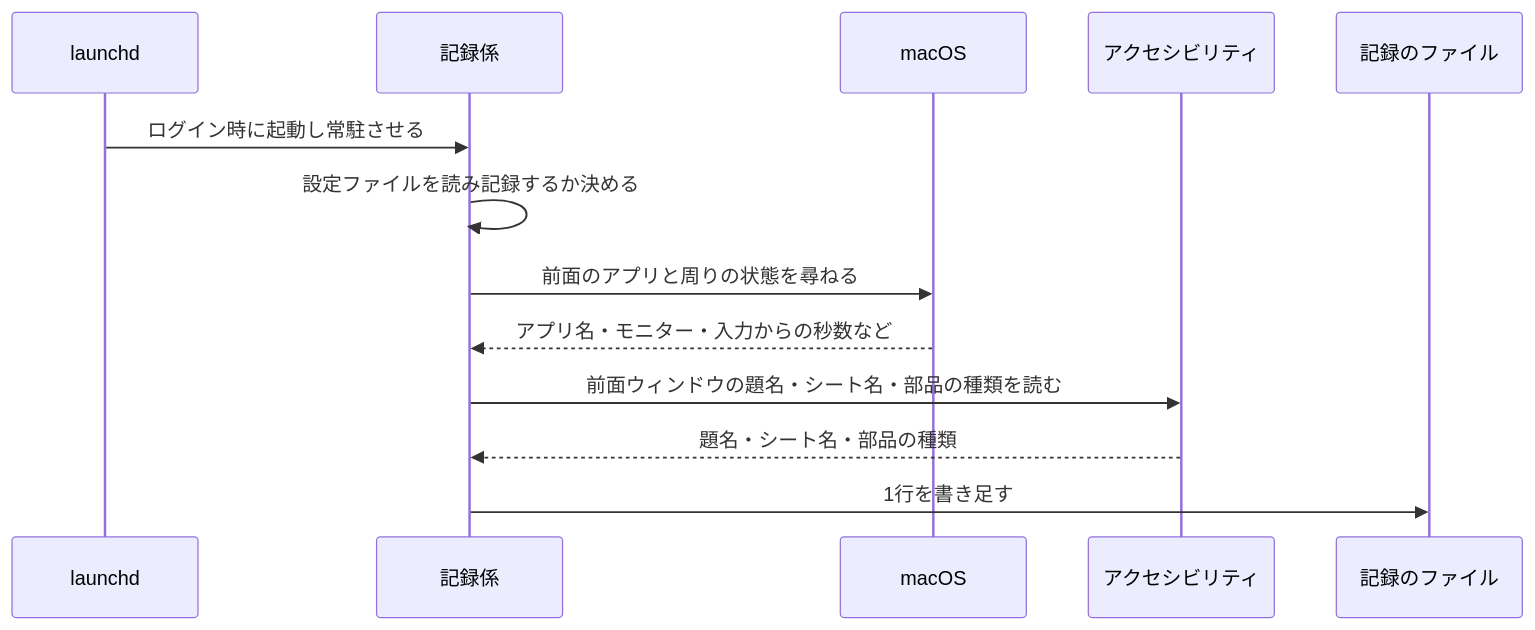
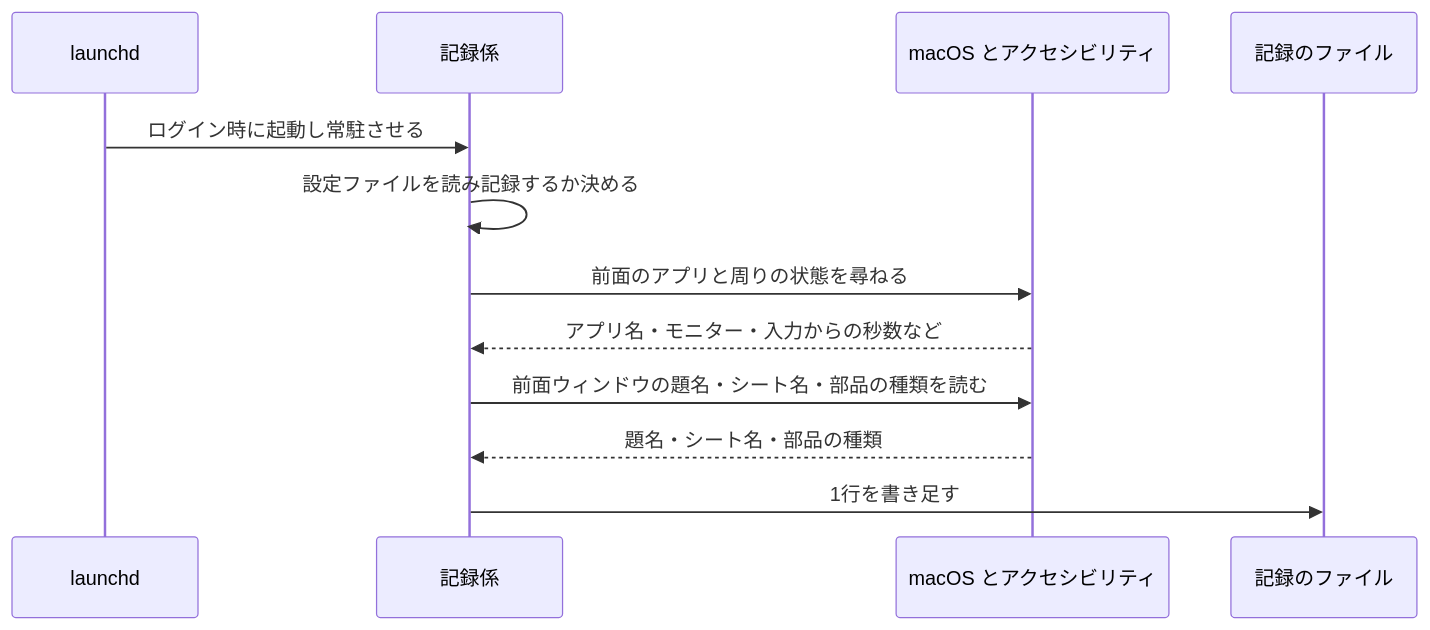
One commit to dnode-ryosuke-yamazaki/study changed the second of 4 diagrams in apps/routine-work-finder/specs/activity-recording/design.md. Above: the diagram before and after it, drawn with Mermaid. The commit also changed other lines of this file and 9 other files, not shown here.

````diff
--- a/apps/routine-work-finder/specs/activity-recording/design.md
+++ b/apps/routine-work-finder/specs/activity-recording/design.md
@@ -83,15 +86,14 @@
 ```mermaid
 sequenceDiagram
     participant L as launchd
     participant R as 記録係
-    participant M as macOS
-    participant A as アクセシビリティ
+    participant M as macOS とアクセシビリティ
     participant D as 記録のファイル
     L->>R: ログイン時に起動し常駐させる
     R->>R: 設定ファイルを読み記録するか決める
     R->>M: 前面のアプリと周りの状態を尋ねる
     M-->>R: アプリ名・モニター・入力からの秒数など
-    R->>A: 前面ウィンドウの題名・シート名・部品の種類を読む
-    A-->>R: 題名・シート名・部品の種類
+    R->>M: 前面ウィンドウの題名・シート名・部品の種類を読む
+    M-->>R: 題名・シート名・部品の種類
     R->>D: 1行を書き足す
 ```
````
